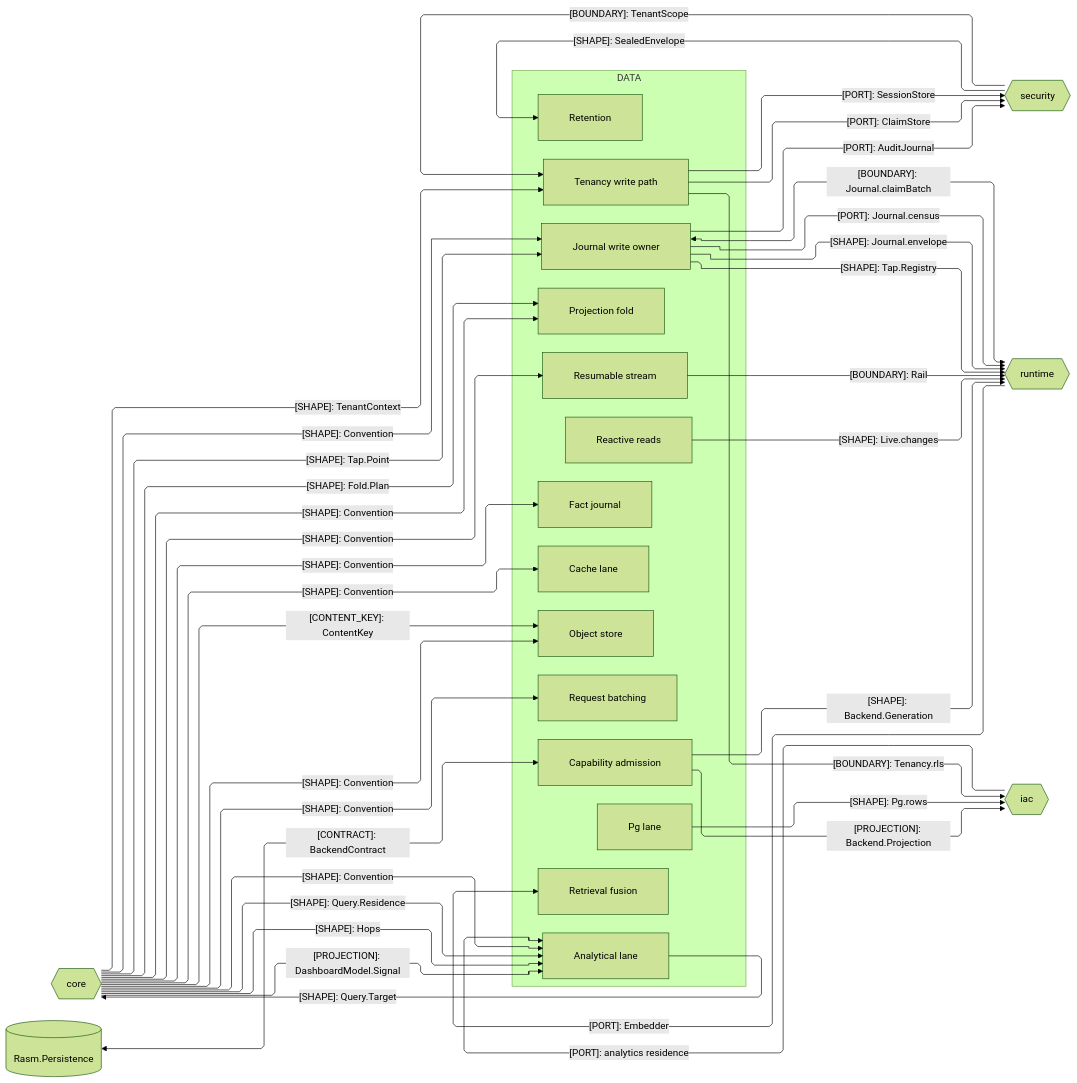
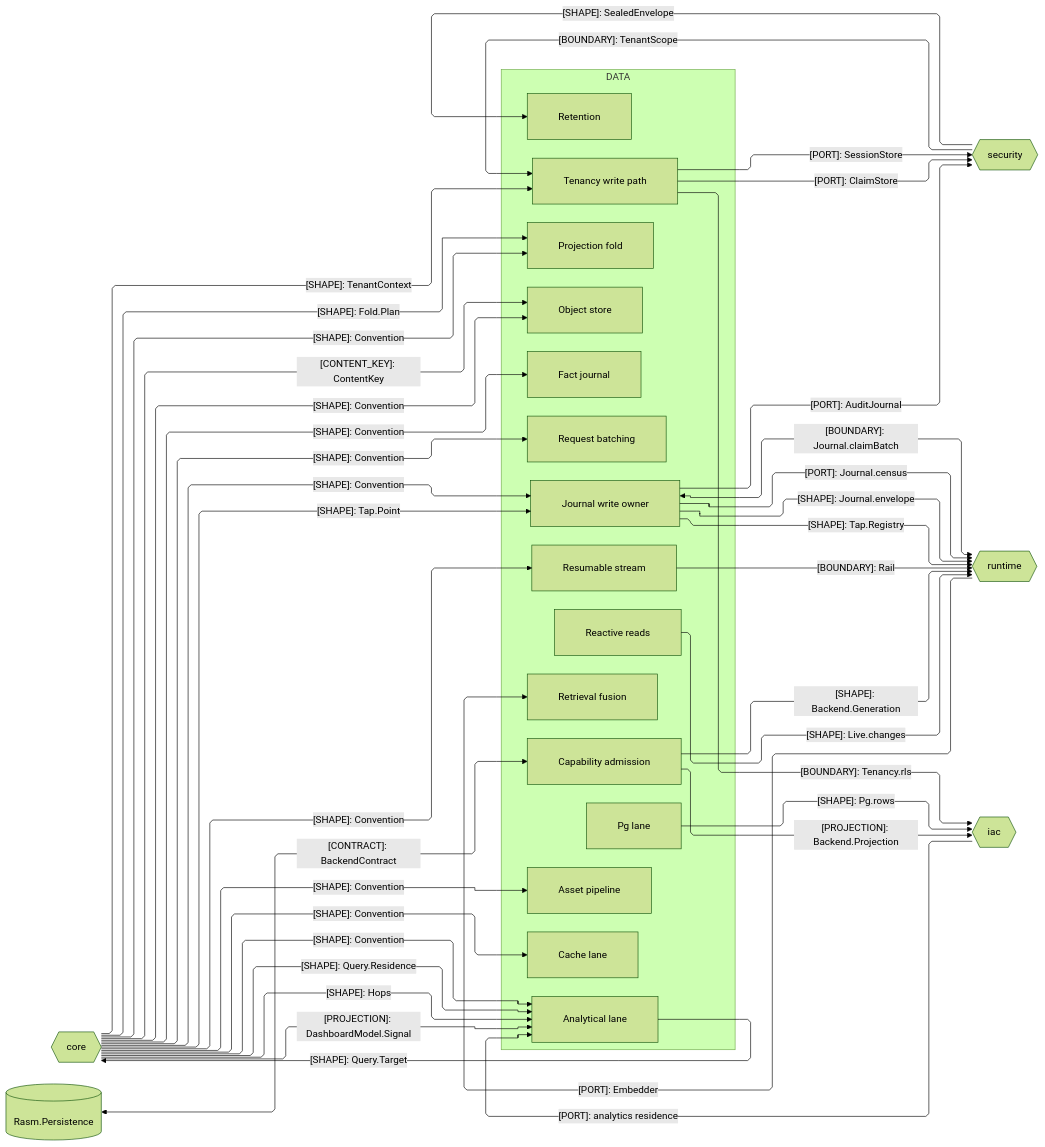
The second of 2 diagrams in libs/typescript/data/ARCHITECTURE.md (bsamiee/Rasm), drawn with Mermaid (forest theme) before and after one commit. The commit also changed other lines of this file and 236 other files, not shown here.

````diff
--- a/libs/typescript/data/ARCHITECTURE.md
+++ b/libs/typescript/data/ARCHITECTURE.md
@@ -101,67 +102,69 @@
 ```mermaid
 ---
 config:
   layout: elk
   flowchart:
     curve: linear
     padding: 25
 ---
 flowchart LR
     accTitle: Data package seam registry
     accDescr: Data owners exchanging content keys, tenancy, custody, reactive shapes, and the analytics-residence door with the core, security, runtime, and iac peers.
     subgraph data[DATA]
         Fold[Projection fold]
         Store[Object store]
         Tenant[Tenancy write path]
         Retain[Retention]
         Append[Journal write owner]
         Live[Reactive reads]
         Stream[Resumable stream]
         Search[Retrieval fusion]
         Postgres[Pg lane]
         Capability[Capability admission]
         Fact[Fact journal]
         Batch[Request batching]
         Cache[Cache lane]
         Olap[Analytical lane]
+        Asset[Asset pipeline]
     end
     Core{{core}}
     Security{{security}}
     Runtime{{runtime}}
     Iac{{iac}}
     Persistence[(Rasm.Persistence)]
     Core e1@-->|"[SHAPE]: Fold.Plan"| Fold
     Core e2@-->|"[CONTENT_KEY]: ContentKey"| Store
     Core e3@-->|"[SHAPE]: TenantContext"| Tenant
     Tenant e4@-->|"[PORT]: SessionStore"| Security
     Security e5@-->|"[BOUNDARY]: TenantScope"| Tenant
     Security e6@-->|"[SHAPE]: SealedEnvelope"| Retain
     Append e7@<-->|"[BOUNDARY]: Journal.claimBatch"| Runtime
     Live e8@-->|"[SHAPE]: Live.changes"| Runtime
     Stream e9@-->|"[BOUNDARY]: Rail"| Runtime
     Runtime e10@-->|"[PORT]: Embedder"| Search
     Postgres e11@-->|"[SHAPE]: Pg.rows"| Iac
     Tenant e12@-->|"[BOUNDARY]: Tenancy.rls"| Iac
     Core e13@-->|"[SHAPE]: Convention"| Append
     Core e14@-->|"[SHAPE]: Convention"| Fold
     Append e15@-->|"[PORT]: Journal.census"| Runtime
     Tenant e16@-->|"[PORT]: ClaimStore"| Security
     Core e17@-->|"[SHAPE]: Convention"| Fact
     Core e18@-->|"[SHAPE]: Convention"| Batch
     Core e19@-->|"[SHAPE]: Convention"| Store
     Core e20@-->|"[SHAPE]: Convention"| Stream
     Core e21@-->|"[SHAPE]: Convention"| Cache
     Core e22@-->|"[SHAPE]: Convention"| Olap
     Append e23@-->|"[SHAPE]: Journal.envelope"| Runtime
     Core e24@-->|"[SHAPE]: Tap.Point"| Append
     Append e25@-->|"[SHAPE]: Tap.Registry"| Runtime
     Capability e26@-->|"[PROJECTION]: Backend.Projection"| Iac
     Capability e27@-->|"[SHAPE]: Backend.Generation"| Runtime
     Persistence e28@<-->|"[CONTRACT]: BackendContract"| Capability
     Append e29@-->|"[PORT]: AuditJournal"| Security
     Core e30@-->|"[SHAPE]: Query.Residence"| Olap
     Core e32@-->|"[SHAPE]: Hops"| Olap
     Olap e31@-->|"[SHAPE]: Query.Target"| Core
     Core e33@-->|"[PROJECTION]: DashboardModel.Signal"| Olap
     Iac e34@-->|"[PORT]: analytics residence"| Olap
+    Core e35@-->|"[SHAPE]: Convention"| Asset
 ```
````
